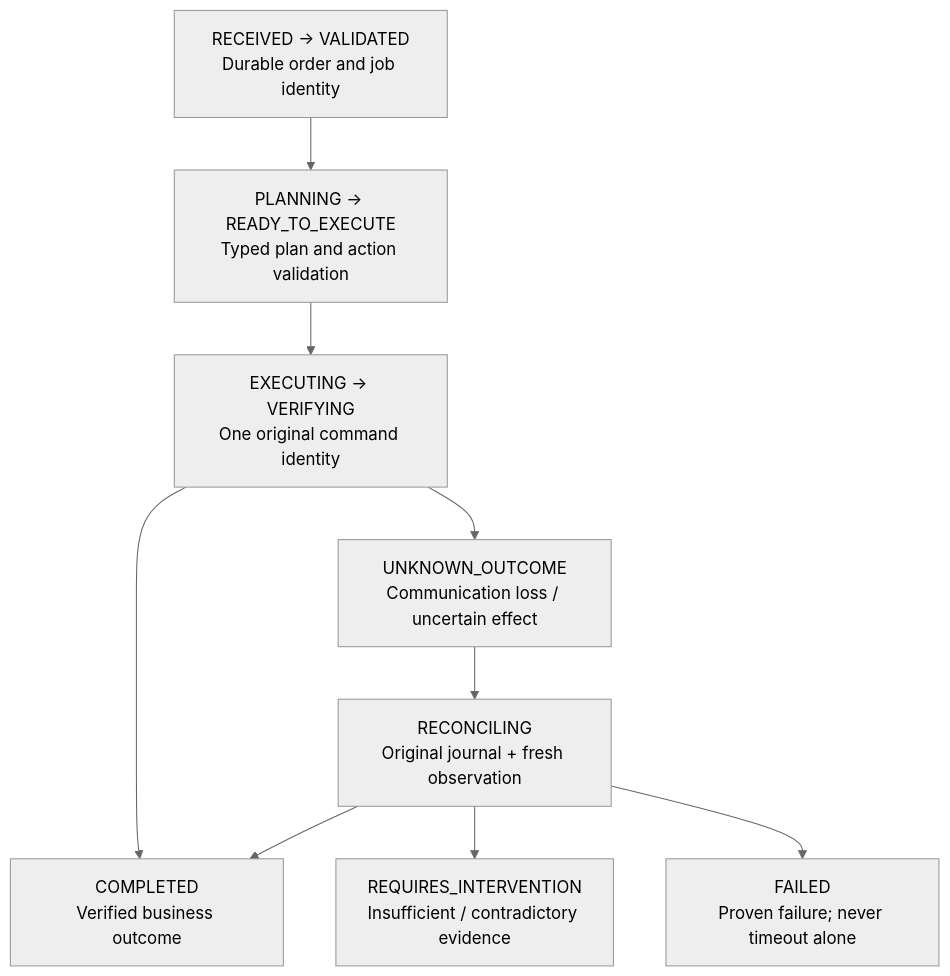
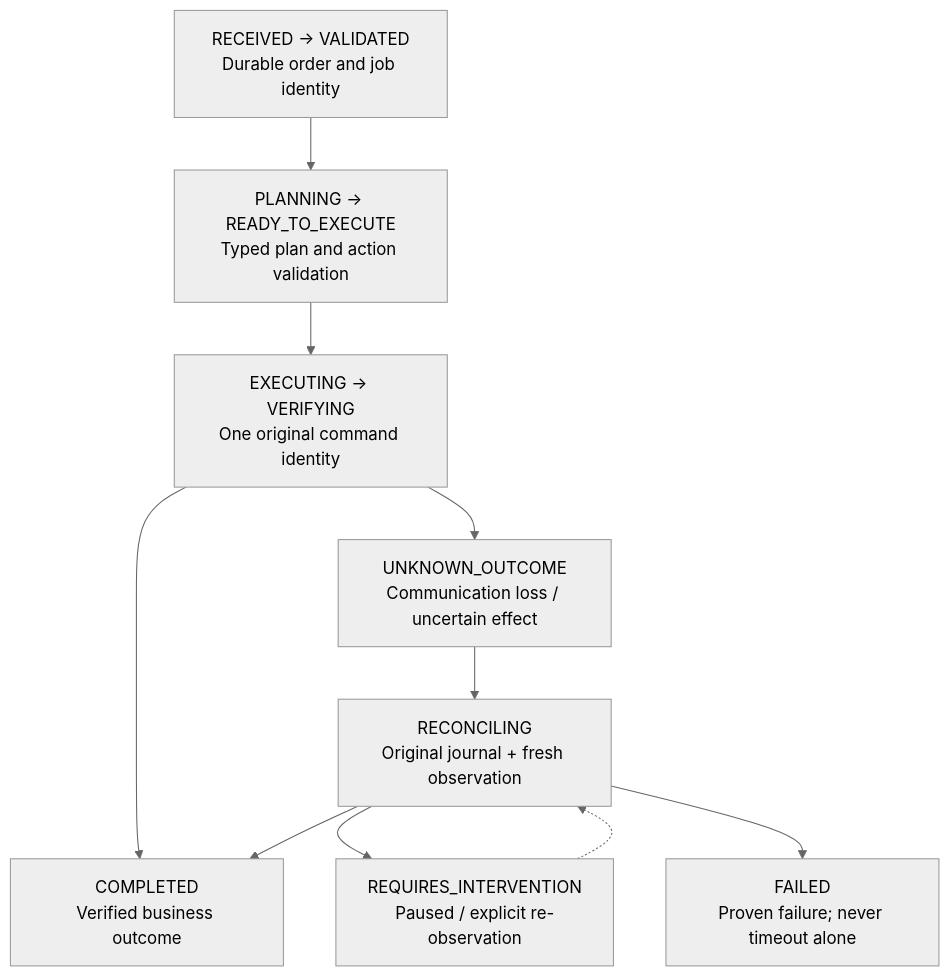
The diagram in sources/diagrams/state.mmd (raal1600/SICS-RobotOps-Twin-E2E-Warehouse-Robotics-Integration-Simulator), drawn with Mermaid (neutral theme) before and after one commit. The commit also changed 316 other files, not shown here.

```diff
--- a/sources/diagrams/state.mmd
+++ b/sources/diagrams/state.mmd
@@ -1,17 +1,18 @@
 flowchart TD
   received["RECEIVED → VALIDATED<br/>Durable order and job identity"]
   planning["PLANNING → READY_TO_EXECUTE<br/>Typed plan and action validation"]
   executing["EXECUTING → VERIFYING<br/>One original command identity"]
   unknown["UNKNOWN_OUTCOME<br/>Communication loss / uncertain effect"]
   reconciling["RECONCILING<br/>Original journal + fresh observation"]
   completed["COMPLETED<br/>Verified business outcome"]
-  intervention["REQUIRES_INTERVENTION<br/>Insufficient / contradictory evidence"]
+  intervention["REQUIRES_INTERVENTION<br/>Paused / explicit re-observation"]
   failed["FAILED<br/>Proven failure; never timeout alone"]
   received --> planning
   planning --> executing
   executing --> completed
   executing --> unknown
   unknown --> reconciling
   reconciling --> completed
   reconciling --> intervention
   reconciling --> failed
+  intervention -.-> reconciling
```
